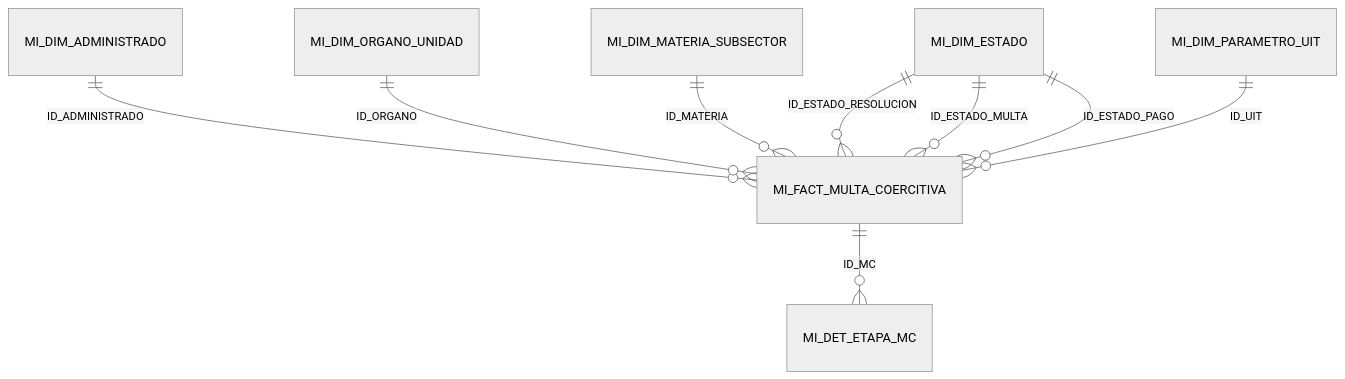
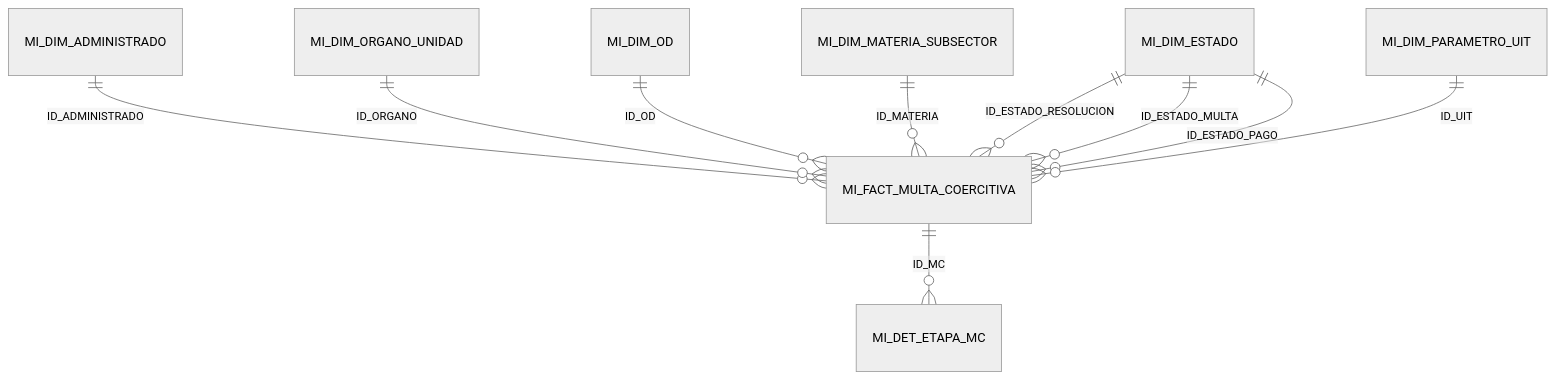
One commit to nwodevops/multa_informes_etl changed the second of 3 diagrams in docs/adjuntos/modelo-kimball.md. Above: the diagram before and after it, drawn with Mermaid (neutral theme). The commit also changed other lines of this file and 23 other files, not shown here.

````diff
--- a/docs/adjuntos/modelo-kimball.md
+++ b/docs/adjuntos/modelo-kimball.md
@@ -85,11 +85,12 @@
 ```mermaid
 erDiagram
   MI_DIM_ADMINISTRADO ||--o{ MI_FACT_MULTA_COERCITIVA : ID_ADMINISTRADO
   MI_DIM_ORGANO_UNIDAD ||--o{ MI_FACT_MULTA_COERCITIVA : ID_ORGANO
+  MI_DIM_OD ||--o{ MI_FACT_MULTA_COERCITIVA : ID_OD
   MI_DIM_MATERIA_SUBSECTOR ||--o{ MI_FACT_MULTA_COERCITIVA : ID_MATERIA
   MI_DIM_ESTADO ||--o{ MI_FACT_MULTA_COERCITIVA : ID_ESTADO_RESOLUCION
   MI_DIM_ESTADO ||--o{ MI_FACT_MULTA_COERCITIVA : ID_ESTADO_MULTA
   MI_DIM_ESTADO ||--o{ MI_FACT_MULTA_COERCITIVA : ID_ESTADO_PAGO
   MI_DIM_PARAMETRO_UIT ||--o{ MI_FACT_MULTA_COERCITIVA : ID_UIT
   MI_FACT_MULTA_COERCITIVA ||--o{ MI_DET_ETAPA_MC : ID_MC
 ```
````
